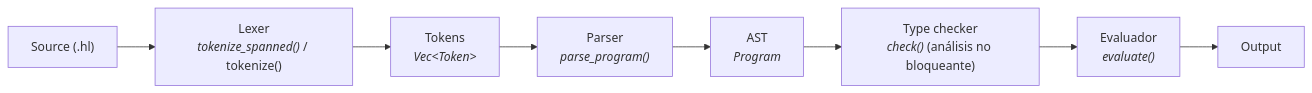
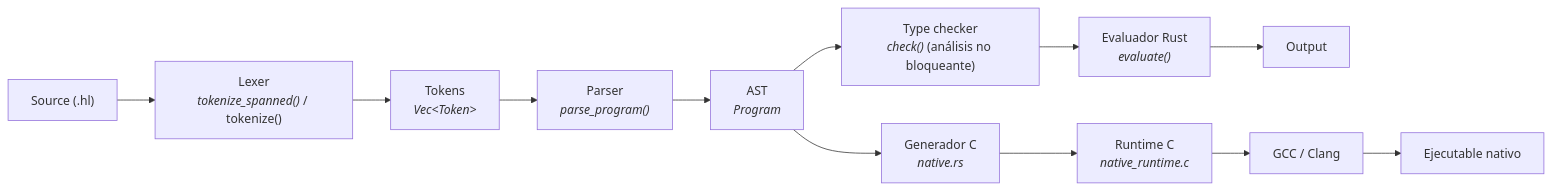
Before and after one commit to aratan/hacklang: the first of 2 diagrams in README.md, drawn with Mermaid. The commit also changed other lines of this file, not shown here.

Commit message:
docs: document first working native compilation subset

````diff
--- a/README.md
+++ b/README.md
@@ -7,10 +7,14 @@
 ```mermaid
 flowchart LR
     A["Source (.hl)"] --> B["Lexer<br/><i>tokenize_spanned()</i> / tokenize()"]
     B --> C["Tokens<br/><i>Vec&lt;Token&gt;</i>"]
     C --> D["Parser<br/><i>parse_program()</i>"]
     D --> E["AST<br/><i>Program</i>"]
     E --> H["Type checker<br/><i>check()</i> (análisis no bloqueante)"]
-    H --> F["Evaluador<br/><i>evaluate()</i>"]
+    H --> F["Evaluador Rust<br/><i>evaluate()</i>"]
     F --> G["Output"]
+    E --> I["Generador C<br/><i>native.rs</i>"]
+    I --> J["Runtime C<br/><i>native_runtime.c</i>"]
+    J --> K["GCC / Clang"]
+    K --> L["Ejecutable nativo"]
 ```
````
